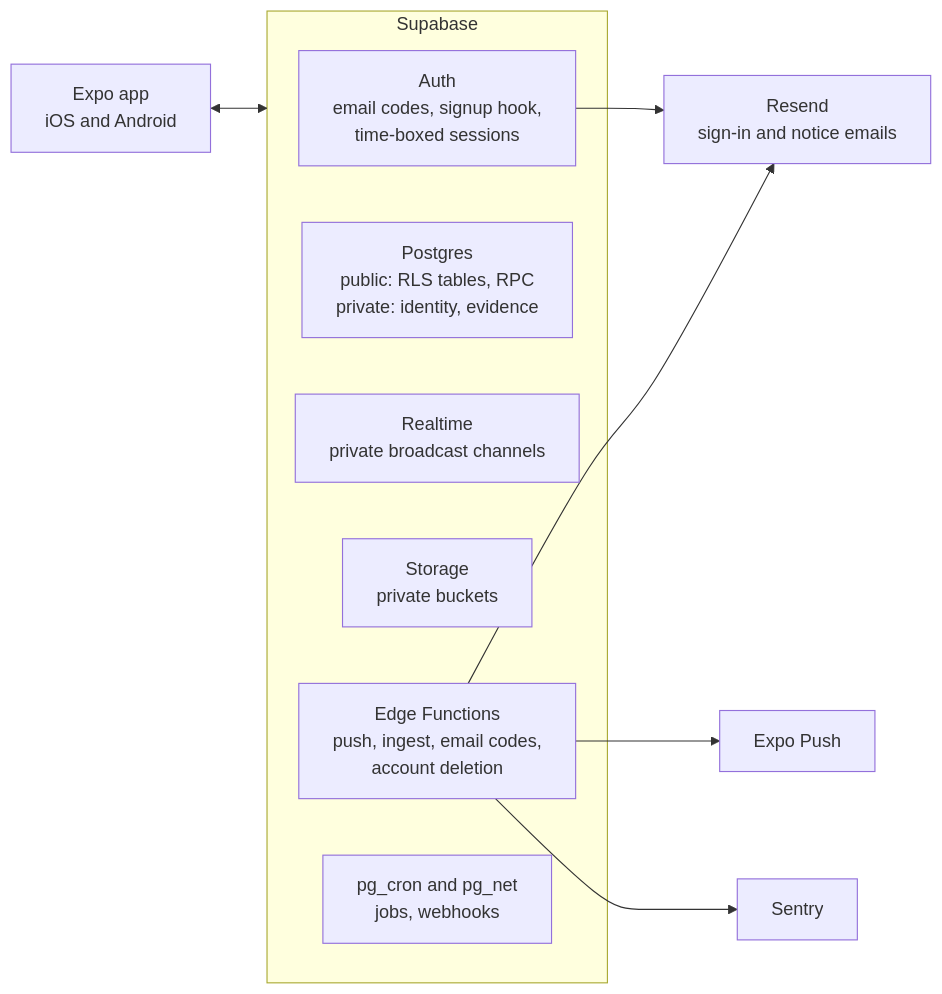
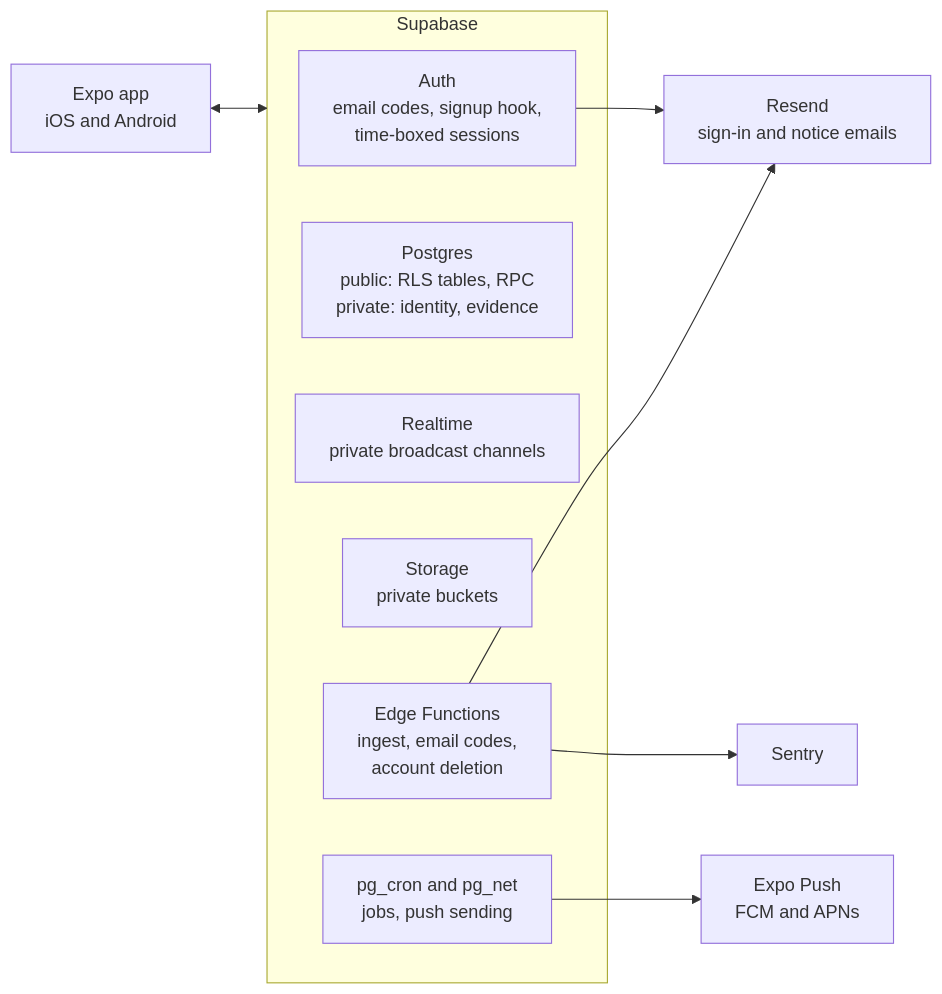
The second of 10 diagrams in docs/SPEC.md (SIGMobile-UIUC/Campus-market-app), drawn with Mermaid before and after one commit. The commit also changed other lines of this file and 15 other files, not shown here.

````diff
--- a/docs/SPEC.md
+++ b/docs/SPEC.md
@@ -1039,16 +1039,16 @@
 ```mermaid
 flowchart LR
     App["Expo app<br/>iOS and Android"] <--> SB
     subgraph SB["Supabase"]
         Auth["Auth<br/>email codes, signup hook,<br/>time-boxed sessions"]
         DB["Postgres<br/>public: RLS tables, RPC<br/>private: identity, evidence"]
         RT["Realtime<br/>private broadcast channels"]
         ST["Storage<br/>private buckets"]
-        FN["Edge Functions<br/>push, ingest, email codes,<br/>account deletion"]
-        CRON["pg_cron and pg_net<br/>jobs, webhooks"]
+        FN["Edge Functions<br/>ingest, email codes,<br/>account deletion"]
+        CRON["pg_cron and pg_net<br/>jobs, push sending"]
     end
     Auth --> Mail["Resend<br/>sign-in and notice emails"]
     FN --> Mail
-    FN --> Push["Expo Push"]
+    CRON --> Push["Expo Push<br/>FCM and APNs"]
     FN --> Sentry["Sentry"]
 ```
````
